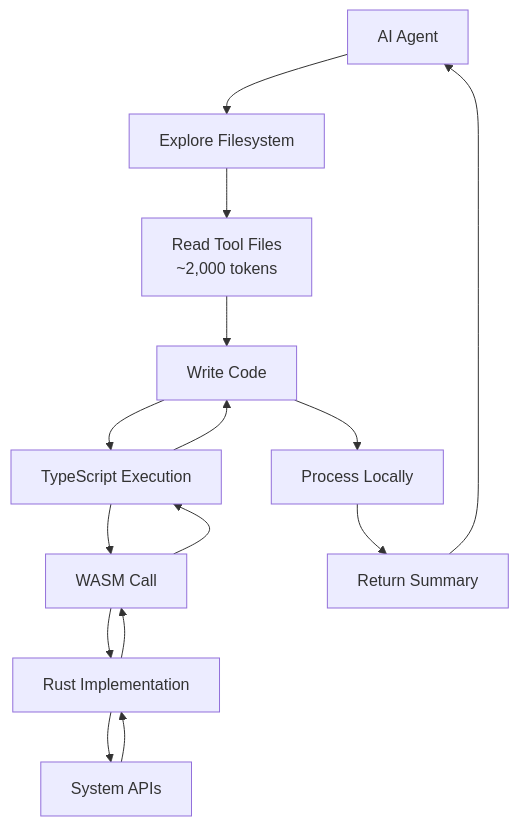
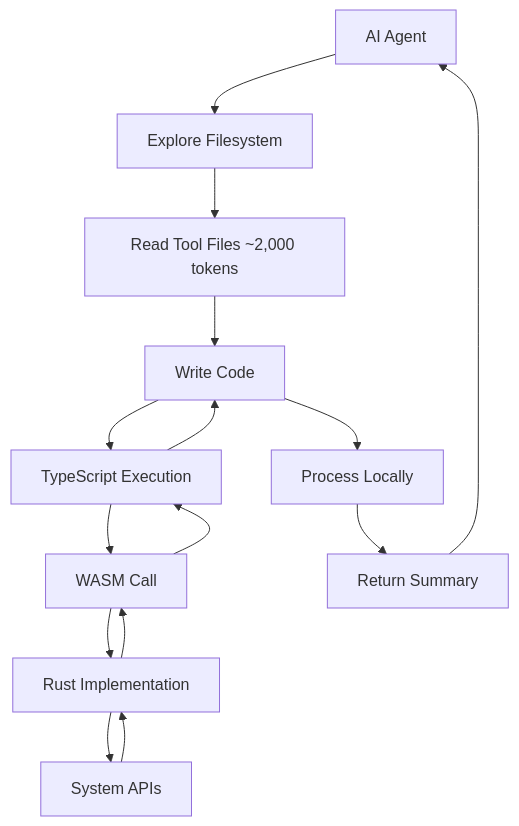
Diagram 11 of 11 in wiki/Architecture.md (softwarewrighter/rust-wasm-monitor), drawn with Mermaid before and after one commit. The commit also changed other lines of this file and 6 other files, not shown here.

````diff
--- a/wiki/Architecture.md
+++ b/wiki/Architecture.md
@@ -560,17 +560,17 @@
 ```mermaid
 graph TB
     A[AI Agent] --> B[Explore Filesystem]
-    B --> C[Read Tool Files<br/>~2,000 tokens]
+    B --> C[Read Tool Files ~2,000 tokens]
     C --> D[Write Code]
     D --> E[TypeScript Execution]
     E --> F[WASM Call]
     F --> G[Rust Implementation]
     G --> H[System APIs]
     H --> G
     G --> F
     F --> E
     E --> D
     D --> I[Process Locally]
     I --> J[Return Summary]
     J --> A
 ```
````
